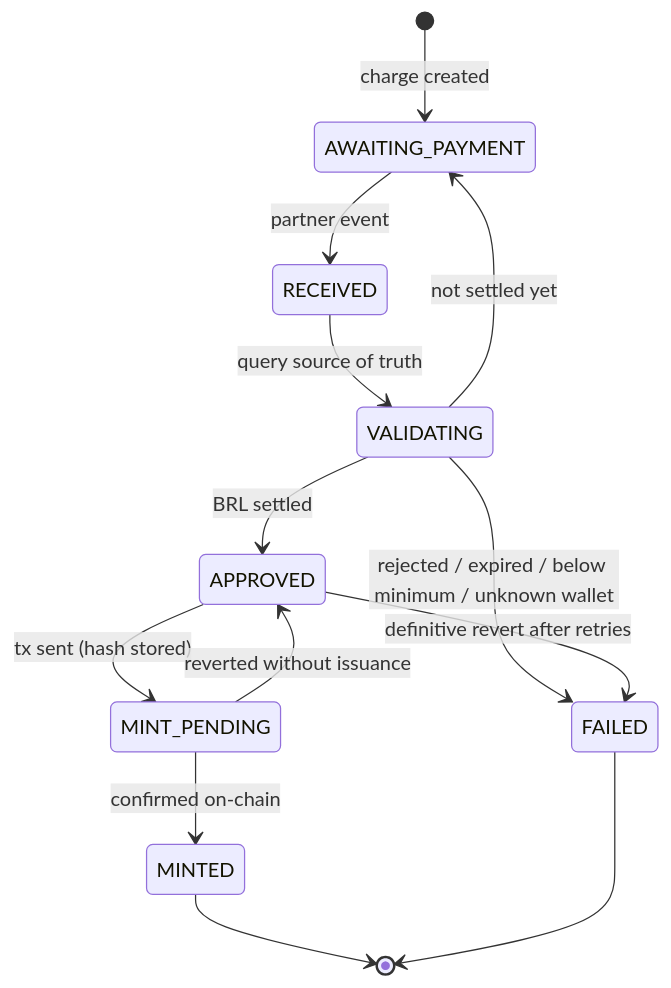
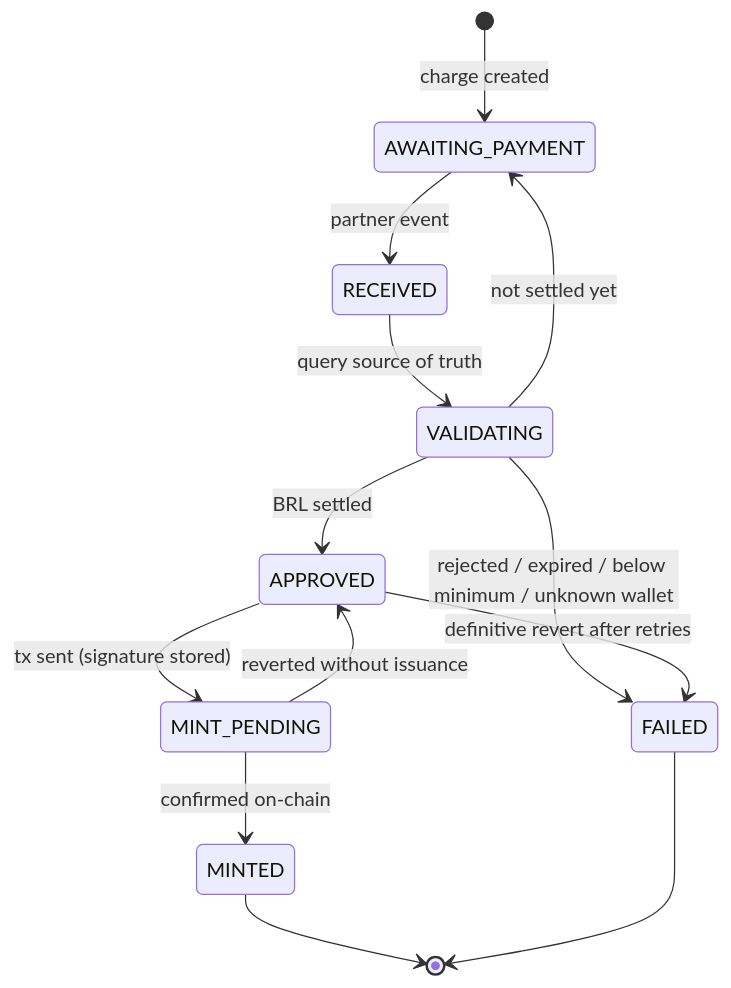
The fourth of 4 diagrams in README.en.md (Peragus01/Mumbuca-plus), drawn with Mermaid before and after one commit. The commit also changed other lines of this file and 1 other file, not shown here.

````diff
--- a/README.en.md
+++ b/README.en.md
@@ -279,15 +281,15 @@
 ```mermaid
 stateDiagram-v2
     [*] --> AWAITING_PAYMENT: charge created
     AWAITING_PAYMENT --> RECEIVED: partner event
     RECEIVED --> VALIDATING: query source of truth
     VALIDATING --> AWAITING_PAYMENT: not settled yet
     VALIDATING --> APPROVED: BRL settled
     VALIDATING --> FAILED: rejected / expired / below minimum / unknown wallet
-    APPROVED --> MINT_PENDING: tx sent (hash stored)
+    APPROVED --> MINT_PENDING: tx sent (signature stored)
     MINT_PENDING --> MINTED: confirmed on-chain
     MINT_PENDING --> APPROVED: reverted without issuance
     APPROVED --> FAILED: definitive revert after retries
     MINTED --> [*]
     FAILED --> [*]
 ```
````
